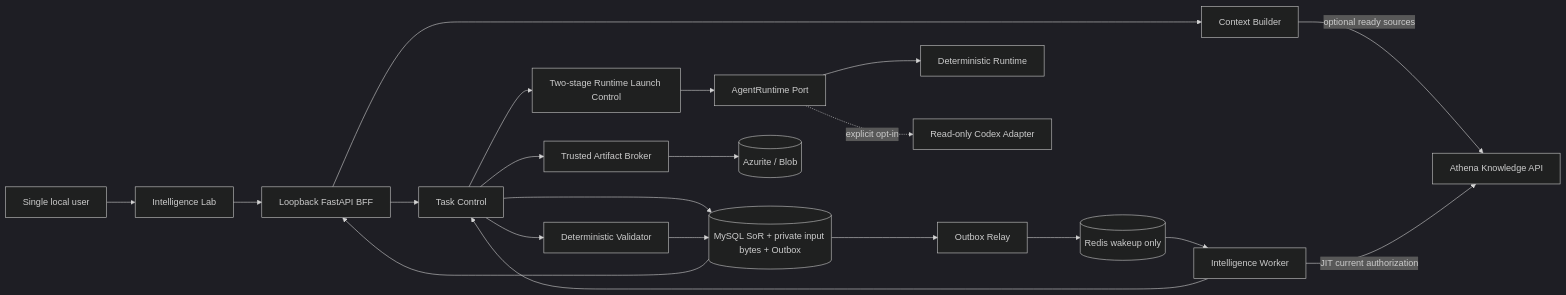
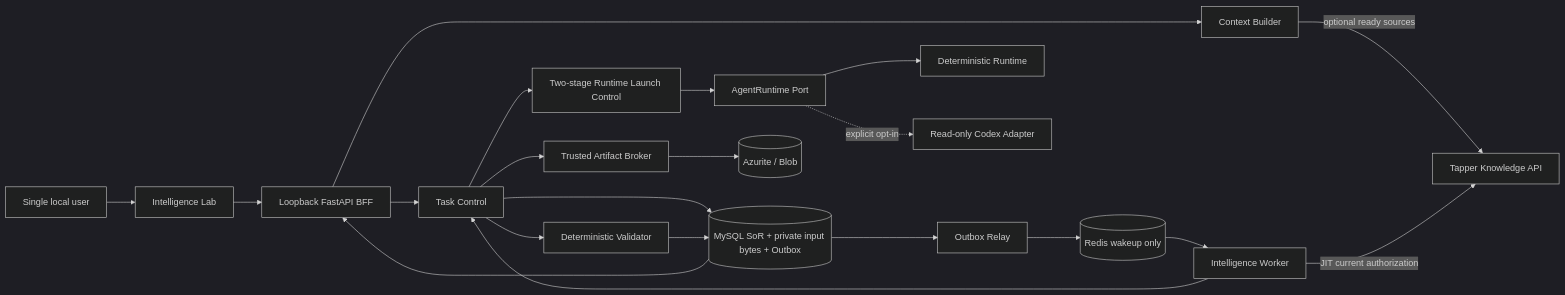
One commit to patrickstarpty/tap changed the first of 13 diagrams in docs/architecture/2026-08-20-overview.md. Above: the diagram before and after it, drawn with Mermaid (dark theme). The commit also changed other lines of this file and 53 other files, not shown here.

````diff
--- a/docs/architecture/2026-08-20-overview.md
+++ b/docs/architecture/2026-08-20-overview.md
@@ -49,23 +49,23 @@
 ```mermaid
 flowchart LR
     User[Single local user] --> Lab[Intelligence Lab]
     Lab --> API[Loopback FastAPI BFF]
     API --> Context[Context Builder]
-    Context -->|optional ready sources| Knowledge[Athena Knowledge API]
+    Context -->|optional ready sources| Knowledge[Tapper Knowledge API]
     API --> Control[Task Control]
     Control --> MySQL[(MySQL SoR + private input bytes + Outbox)]
     MySQL --> Relay[Outbox Relay]
     Relay --> Redis[(Redis wakeup only)]
     Redis --> Worker[Intelligence Worker]
     Worker --> Control
     Worker -->|JIT current authorization| Knowledge
     Control --> Launch[Two-stage Runtime Launch Control]
     Launch --> Runtime[AgentRuntime Port]
     Runtime --> Fake[Deterministic Runtime]
     Runtime -. explicit opt-in .-> Codex[Read-only Codex Adapter]
     Control --> Broker[Trusted Artifact Broker]
     Broker --> Blob[(Azurite / Blob)]
     Control --> Validator[Deterministic Validator]
     Validator --> MySQL
     MySQL --> API
 ```
````
